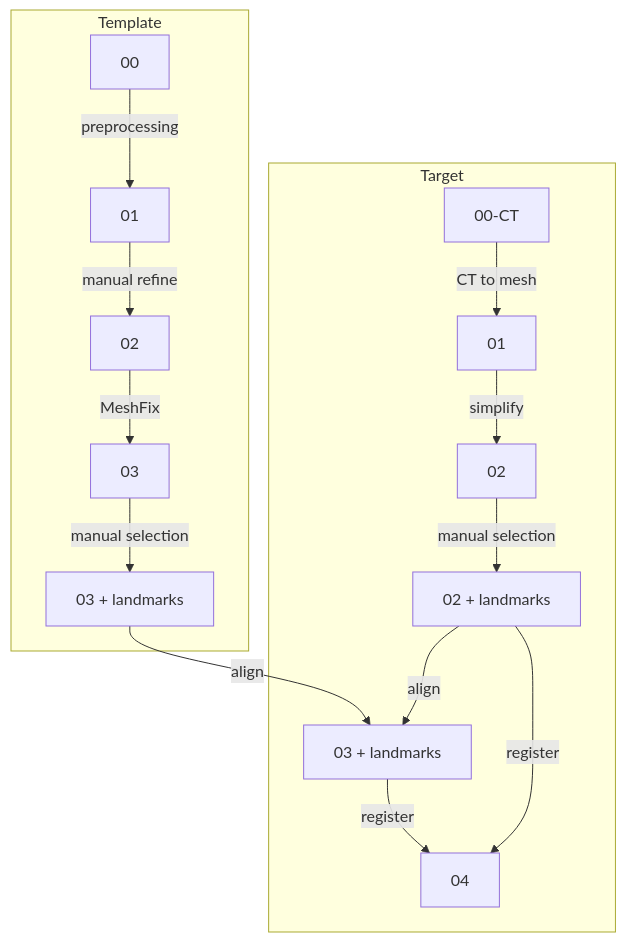
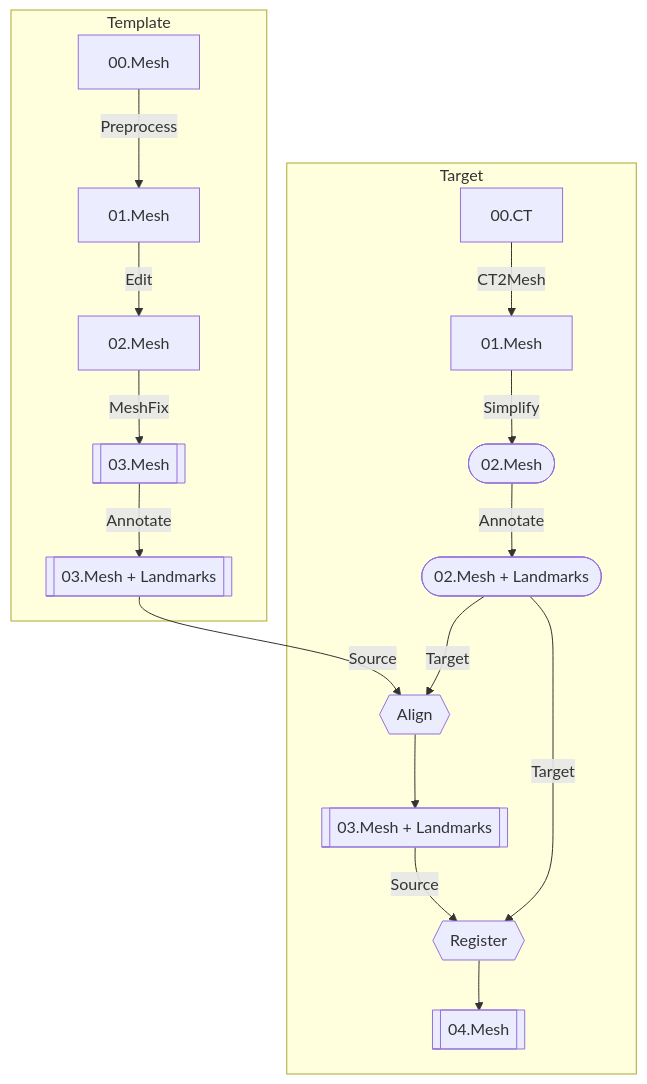
One commit to liblaf/mesh-kit changed the diagram in examples/sculptor/README.md. Above: the diagram before and after it, drawn with Mermaid. The commit also changed other lines of this file and 64 other files, not shown here.

````diff
--- a/examples/sculptor/README.md
+++ b/examples/sculptor/README.md
@@ -5,23 +5,33 @@
 ```mermaid
-flowchart TD
+flowchart
   subgraph Template
-    S0[00]
-    S1[01]
-    S2[02]
-    S3[03]
-    S3S[03 + landmarks]
-    S0 -->|preprocessing| S1 -->|manual refine| S2 -->|MeshFix| S3
-    S3 -->|manual selection| S3S
+    S00[00.Mesh]
+    S01[01.Mesh]
+    S02[02.Mesh]
+    S03[[03.Mesh]]
+    S03L[[03.Mesh + Landmarks]]
   end
   subgraph Target
-    T0[00-CT]
-    T1[01]
-    T2[02]
-    T2S[02 + landmarks]
-    T3S[03 + landmarks]
-    T4[04]
-    T0 -->|CT to mesh| T1 -->|simplify| T2 -->|manual selection| T2S
-    S3S & T2S -->|align| T3S
-    T3S & T2S -->|register| T4
+    T00[00.CT]
+    T01[01.Mesh]
+    T02([02.Mesh])
+    T02L([02.Mesh + Landmarks])
+    A{{Align}}
+    T03L[[03.Mesh + Landmarks]]
+    R{{Register}}
+    T04[[04.Mesh]]
   end
+  S00 --> |Preprocess| S01
+  S01 --> |Edit| S02
+  S02 --> |MeshFix| S03
+  S03 --> |Annotate| S03L
+  T00 --> |CT2Mesh| T01
+  T01 --> |Simplify| T02
+  T02 --> |Annotate| T02L
+  S03L --> |Source| A
+  T02L --> |Target| A
+  A --> T03L
+  T03L --> |Source| R
+  T02L --> |Target| R
+  R --> T04
 ```
````
